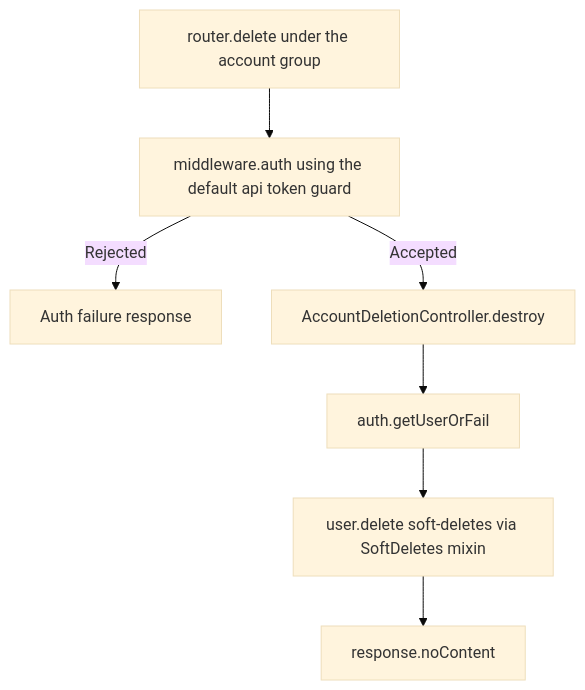
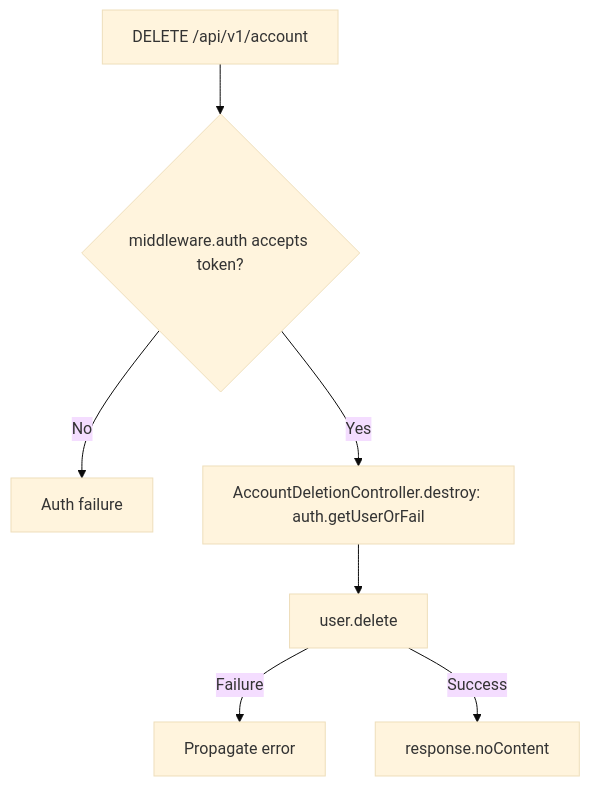
The second of 2 diagrams in user-stories/example-apps/us-demo-01-api-account-deletion.md (Kevinjohn/oss-adonisjs-lucid-soft-delete), drawn with Mermaid (base theme) before and after one commit. The commit also changed other lines of this file and 22 other files, not shown here.

Commit message:
docs: verify user story paths and Mermaid flows against implementation

````diff
--- a/user-stories/example-apps/us-demo-01-api-account-deletion.md
+++ b/user-stories/example-apps/us-demo-01-api-account-deletion.md
@@ -34,9 +34,8 @@
 ```mermaid
 flowchart TD
-    A["router.delete under the account group"] --> B["middleware.auth using the default api token guard"]
-    B -->|Rejected| C["Auth failure response"]
-    B -->|Accepted| D["AccountDeletionController.destroy"]
-    D --> E["auth.getUserOrFail"]
-    E --> F["user.delete soft-deletes via SoftDeletes mixin"]
-    F --> G["response.noContent"]
+    A["DELETE /api/v1/account"] --> B{"middleware.auth accepts token?"}
+    B -->|No| C["Auth failure"]
+    B -->|Yes| D["AccountDeletionController.destroy: auth.getUserOrFail"] --> E["user.delete"]
+    E -->|Failure| F["Propagate error"]
+    E -->|Success| G["response.noContent"]
 ```
````
